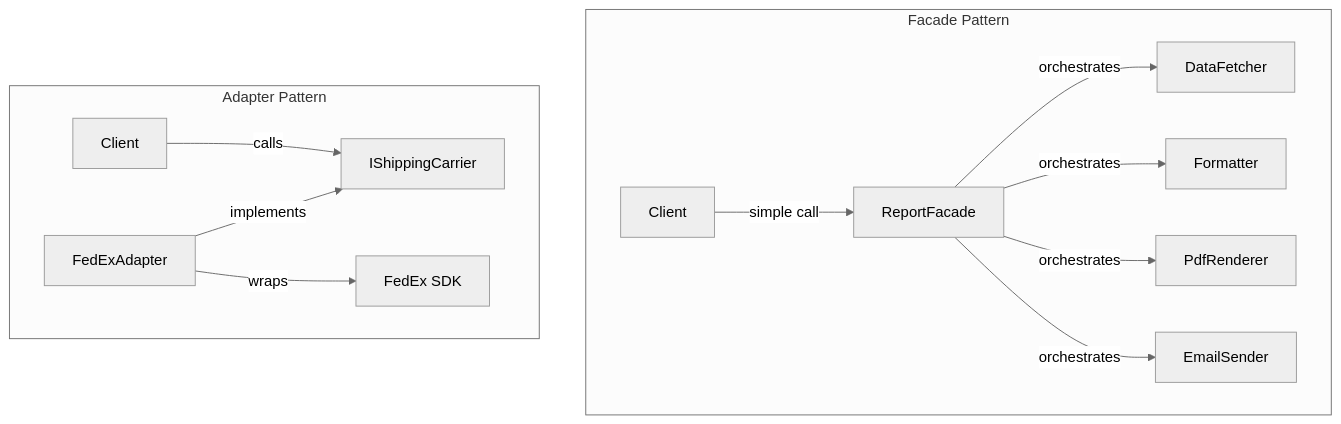
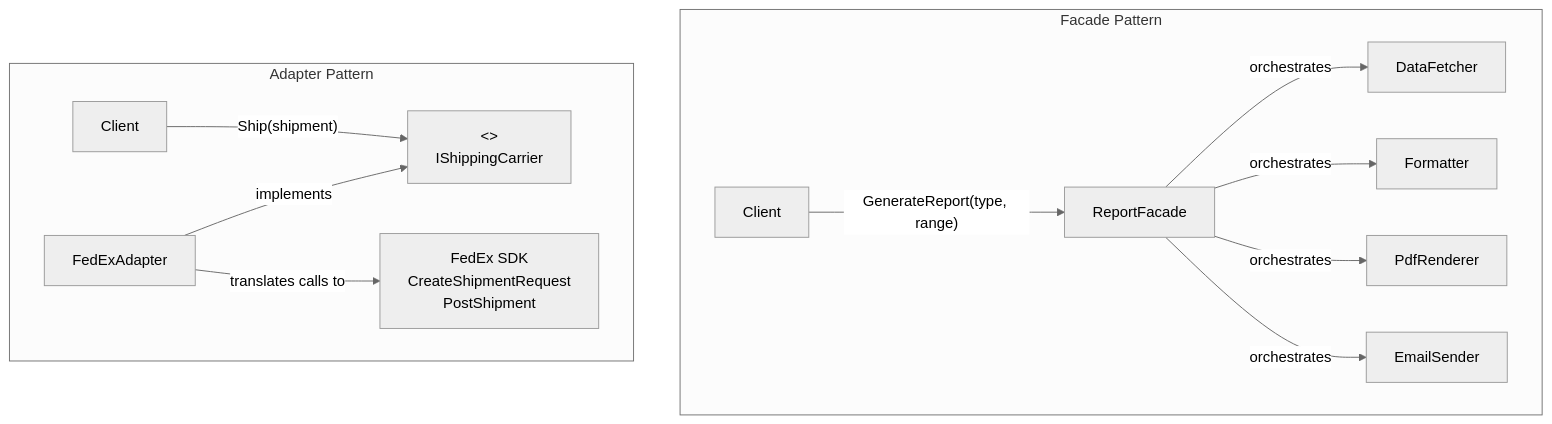
Before and after one commit to senapatisantosh/DotnetAdvanceDesignPattern: the fourth of 12 diagrams in docs/comparison-maps.md, drawn with Mermaid (neutral theme). The commit also changed other lines of this file and 1 other file, not shown here.

````diff
--- a/docs/comparison-maps.md
+++ b/docs/comparison-maps.md
@@ -186,16 +204,16 @@
 ```mermaid
 graph TD
     subgraph "Facade Pattern"
-        F_Client[Client] -->|simple call| F_Facade[ReportFacade]
+        F_Client[Client] -->|"GenerateReport(type, range)"| F_Facade[ReportFacade]
         F_Facade -->|orchestrates| F_Data[DataFetcher]
         F_Facade -->|orchestrates| F_Format[Formatter]
         F_Facade -->|orchestrates| F_Render[PdfRenderer]
         F_Facade -->|orchestrates| F_Email[EmailSender]
     end
 
     subgraph "Adapter Pattern"
-        A_Client[Client] -->|calls| A_Target[IShippingCarrier]
+        A_Client[Client] -->|"Ship(shipment)"| A_Target["<<interface>><br/>IShippingCarrier"]
         A_Adapter[FedExAdapter] -->|implements| A_Target
-        A_Adapter -->|wraps| A_FedEx[FedEx SDK]
+        A_Adapter -->|"translates calls to"| A_FedEx[FedEx SDK<br/>CreateShipmentRequest<br/>PostShipment]
     end
 ```
````
